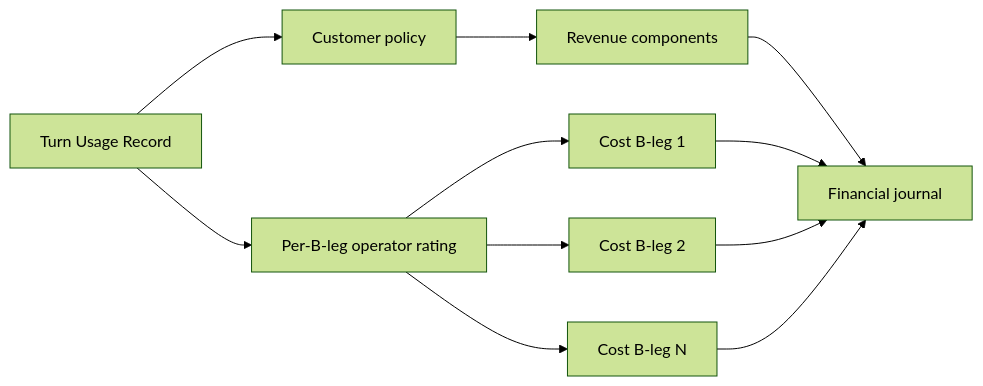
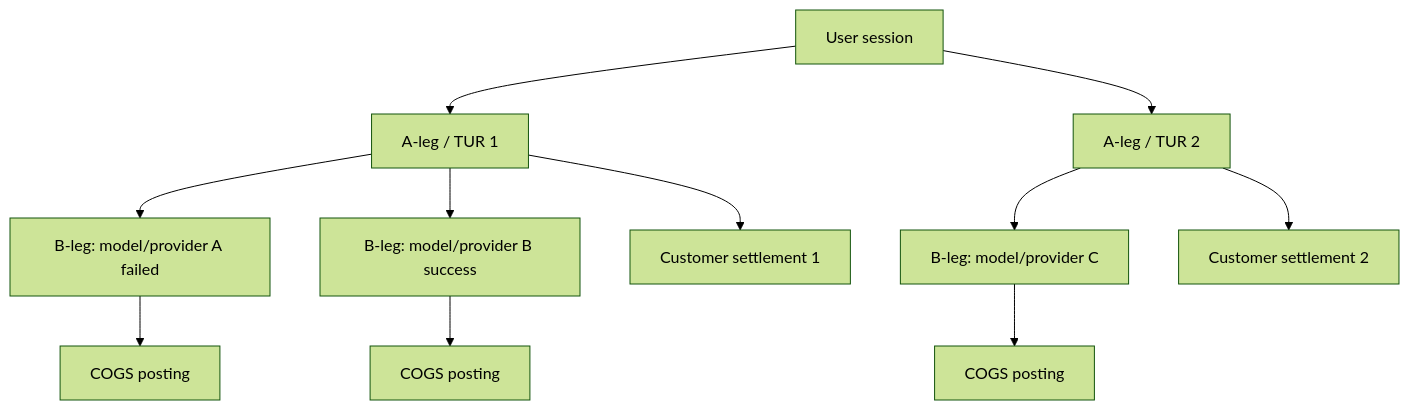
Before and after one commit to matdev83/go-llm-interactive-proxy: the third of 6 diagrams in .kiro/specs/usage-record-ledger-billing/design.md, drawn with Mermaid (forest theme). The commit also changed other lines of this file, not shown here.

Commit message:
spec: clarify billing journal and replay design

````diff
--- a/.kiro/specs/usage-record-ledger-billing/design.md
+++ b/.kiro/specs/usage-record-ledger-billing/design.md
@@ -489,13 +441,14 @@
 ```mermaid
-flowchart LR
-    TUR[Turn Usage Record] --> CC[Customer policy]
-    TUR --> OC[Per-B-leg operator rating]
-    CC --> REV[Revenue components]
-    OC --> C1[Cost B-leg 1]
-    OC --> C2[Cost B-leg 2]
-    OC --> CN[Cost B-leg N]
-    REV --> J[Financial journal]
-    C1 --> J
-    C2 --> J
-    CN --> J
+flowchart TB
+    S[User session] --> A1[A-leg / TUR 1]
+    S --> A2[A-leg / TUR 2]
+    A1 --> B11[B-leg: model/provider A failed]
+    A1 --> B12[B-leg: model/provider B success]
+    A2 --> B21[B-leg: model/provider C]
+
+    A1 --> CR1[Customer settlement 1]
+    A2 --> CR2[Customer settlement 2]
+    B11 --> C1[COGS posting]
+    B12 --> C2[COGS posting]
+    B21 --> C3[COGS posting]
 ```
````
